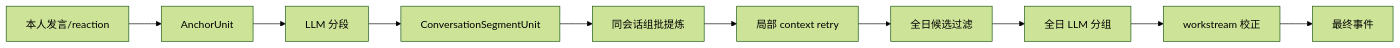
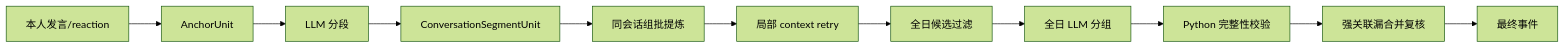
One commit to sunweisheng/WorkTrace changed the diagram in docs/anchor-first-multi-pass-design.md. Above: the diagram before and after it, drawn with Mermaid (forest theme). The commit also changed other lines of this file and 8 other files, not shown here.

````diff
--- a/docs/anchor-first-multi-pass-design.md
+++ b/docs/anchor-first-multi-pass-design.md
@@ -37,7 +37,7 @@
 ```mermaid
 flowchart LR
     A["本人发言/reaction"] --> B["AnchorUnit"] --> C["LLM 分段"]
     C --> D["ConversationSegmentUnit"] --> E["同会话组批提炼"]
     E --> F["局部 context retry"] --> G["全日候选过滤"]
-    G --> H["全日 LLM 分组"] --> I["workstream 校正"] --> J["最终事件"]
+    G --> H["全日 LLM 分组"] --> I["Python 完整性校验"] --> J["强关联漏合并复核"] --> K["最终事件"]
 ```
````
